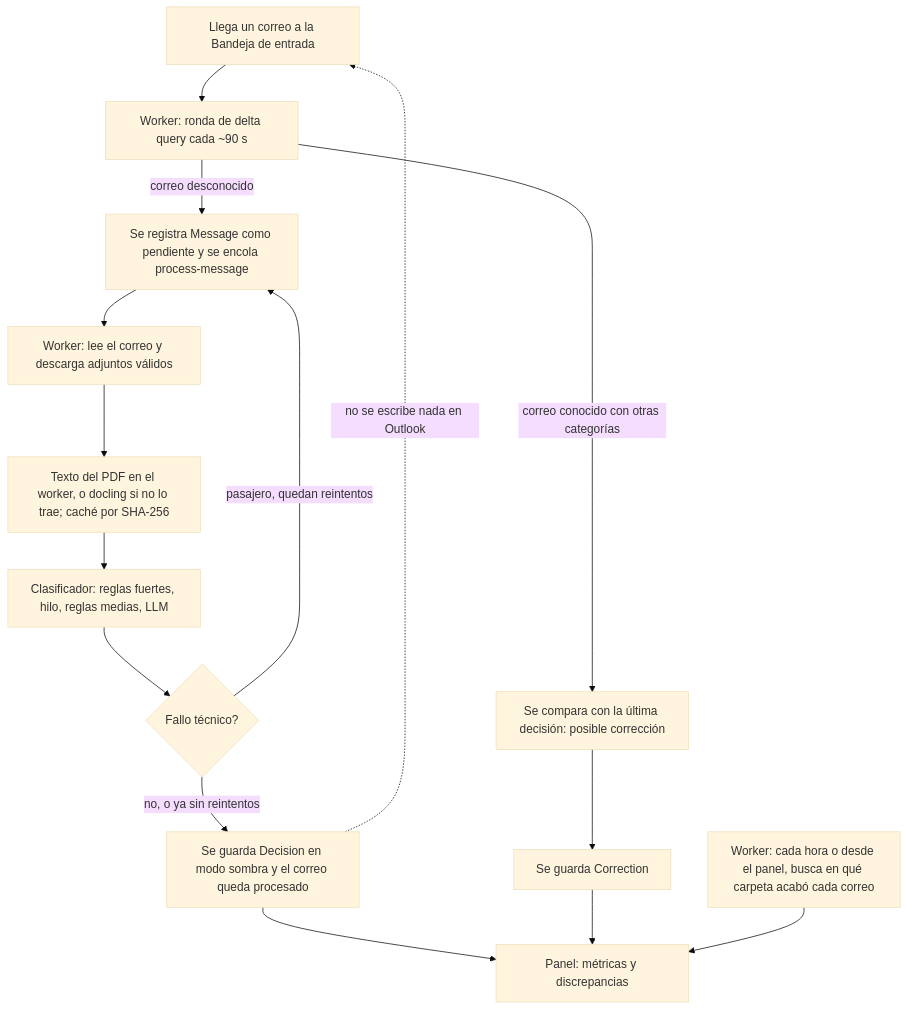
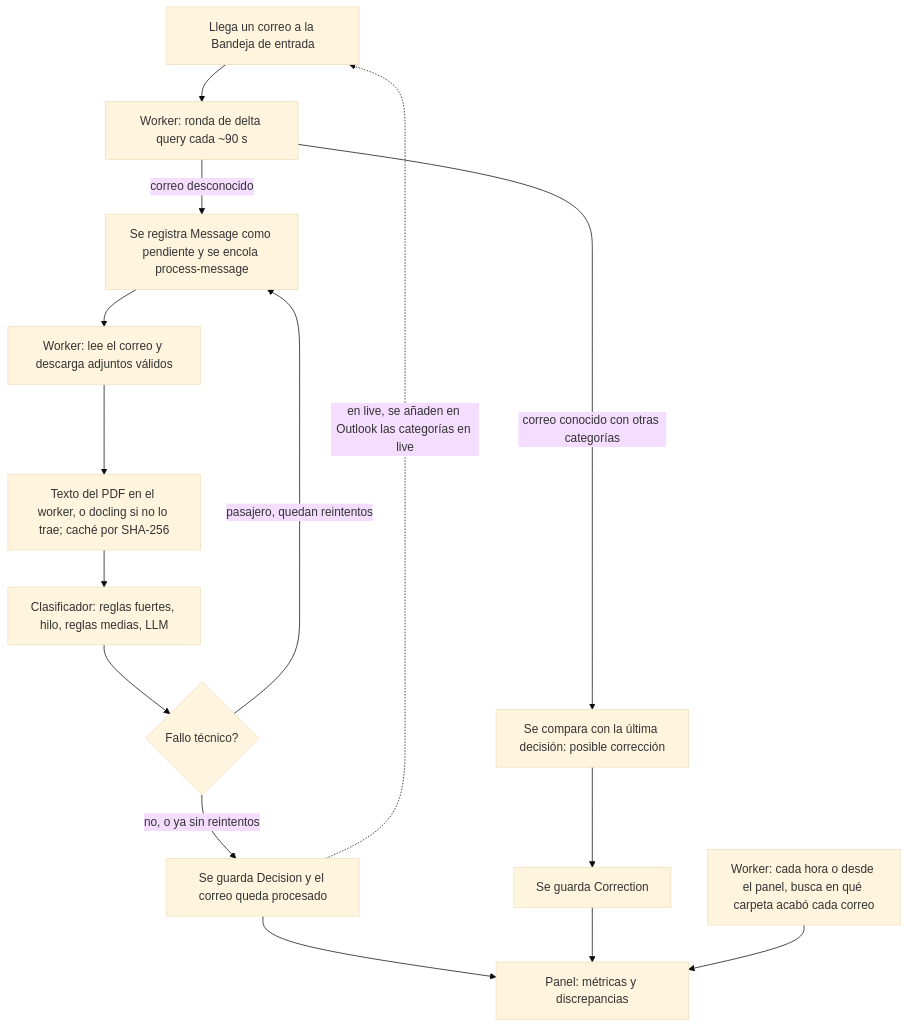
One commit to gcentegit/outlook-org changed the diagram in docs/arquitectura.md. Above: the diagram before and after it, drawn with Mermaid (base theme). The commit also changed other lines of this file and 15 other files, not shown here.

Commit message:
feat(worker)!: ✍️ activar el modo real: escribir en Outlook las categorías en live (#104)

````diff
--- a/docs/arquitectura.md
+++ b/docs/arquitectura.md
@@ -28,17 +28,17 @@
 ```mermaid
 flowchart TD
     A[Llega un correo a la Bandeja de entrada] --> B[Worker: ronda de delta query cada ~90 s]
     B -->|correo desconocido| C[Se registra Message como pendiente y se encola process-message]
     B -->|correo conocido con otras categorías| K[Se compara con la última decisión: posible corrección]
     C --> D[Worker: lee el correo y descarga adjuntos válidos]
     D --> E[Texto del PDF en el worker, o docling si no lo trae; caché por SHA-256]
     E --> F[Clasificador: reglas fuertes, hilo, reglas medias, LLM]
     F --> G{Fallo técnico?}
     G -->|pasajero, quedan reintentos| C
-    G -->|no, o ya sin reintentos| H[Se guarda Decision en modo sombra y el correo queda procesado]
+    G -->|no, o ya sin reintentos| H[Se guarda Decision y el correo queda procesado]
     H --> I[Panel: métricas y discrepancias]
     K --> J[Se guarda Correction]
     J --> I
     L[Worker: cada hora o desde el panel, busca en qué carpeta acabó cada correo] --> I
-    H -. no se escribe nada en Outlook .-> A
+    H -. en live, se añaden en Outlook las categorías en live .-> A
 ```
````
